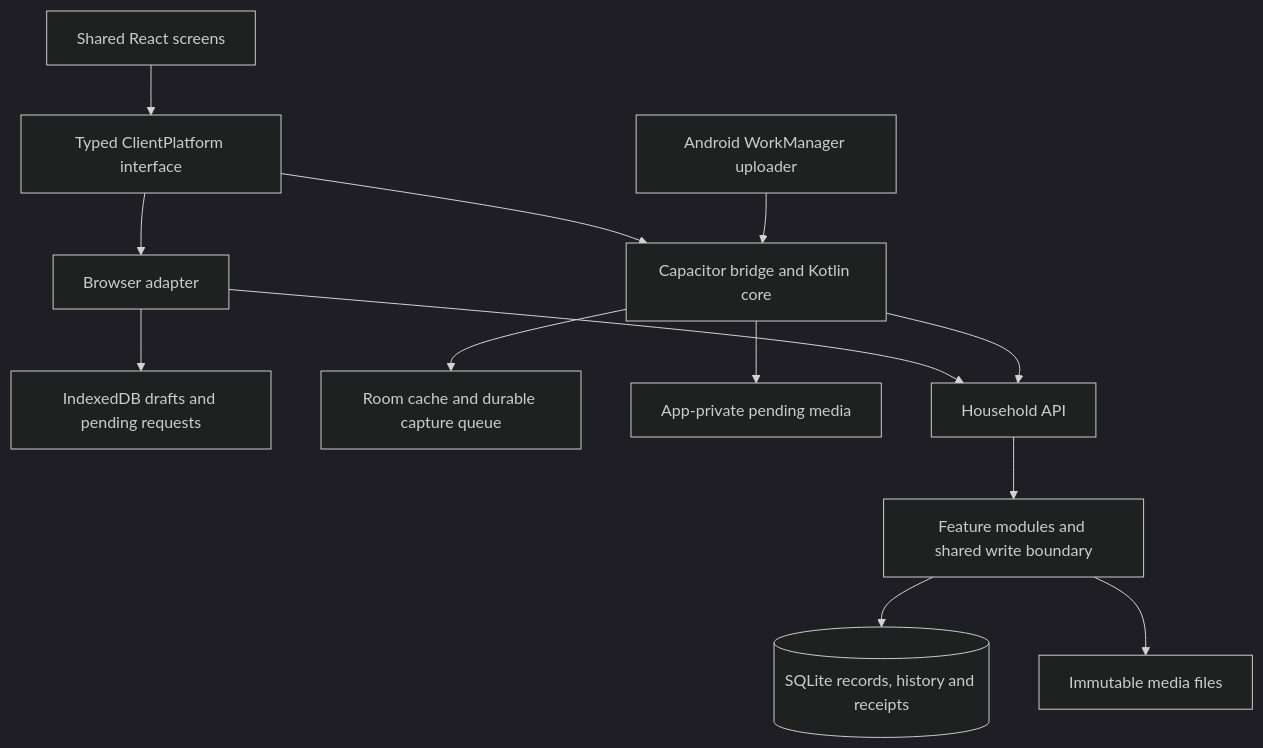
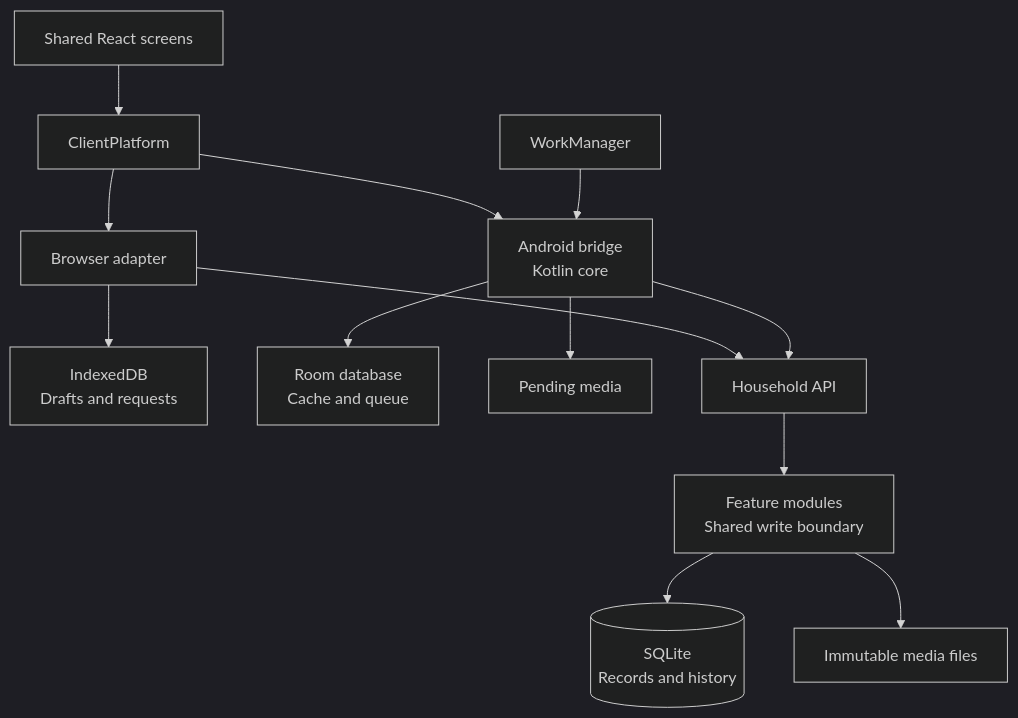
Before and after one commit to trbot86/home: the first of 5 diagrams in README.md, drawn with Mermaid (dark theme). The commit also changed other lines of this file and 1 other file, not shown here.

Commit message:
Improve README diagram labels and add domain relationships

````diff
--- a/README.md
+++ b/README.md
@@ -24,15 +24,16 @@
 ```mermaid
+%%{init: {"flowchart": {"htmlLabels": false}}}%%
 flowchart TB
-  UI[Shared React screens] --> Ports[Typed ClientPlatform interface]
+  UI[Shared React screens] --> Ports[ClientPlatform]
   Ports --> Browser[Browser adapter]
-  Ports --> Android[Capacitor bridge and Kotlin core]
-  Browser --> IDB[IndexedDB drafts and pending requests]
-  Android --> Room[Room cache and durable capture queue]
-  Android --> Pending[App-private pending media]
-  Uploader[Android WorkManager uploader] --> Android
+  Ports --> Android["Android bridge<br/>Kotlin core"]
+  Browser --> IDB["IndexedDB<br/>Drafts and requests"]
+  Android --> Room["Room database<br/>Cache and queue"]
+  Android --> Pending[Pending media]
+  Uploader[WorkManager] --> Android
   Browser --> API[Household API]
   Android --> API
-  API --> Modules[Feature modules and shared write boundary]
-  Modules --> DB[(SQLite records, history and receipts)]
+  API --> Modules["Feature modules<br/>Shared write boundary"]
+  Modules --> DB[("SQLite<br/>Records and history")]
   Modules --> Files[Immutable media files]
 ```
````
